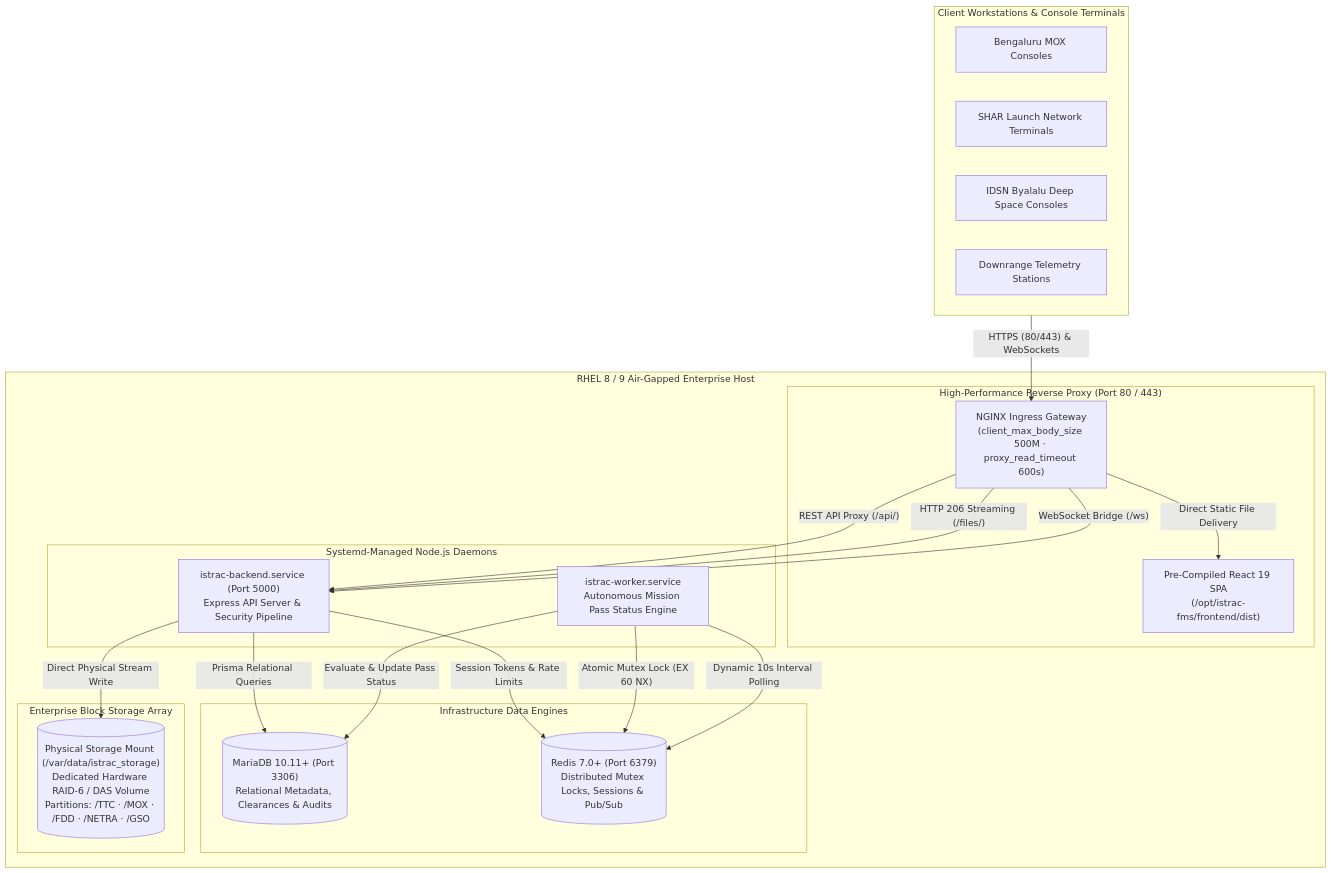
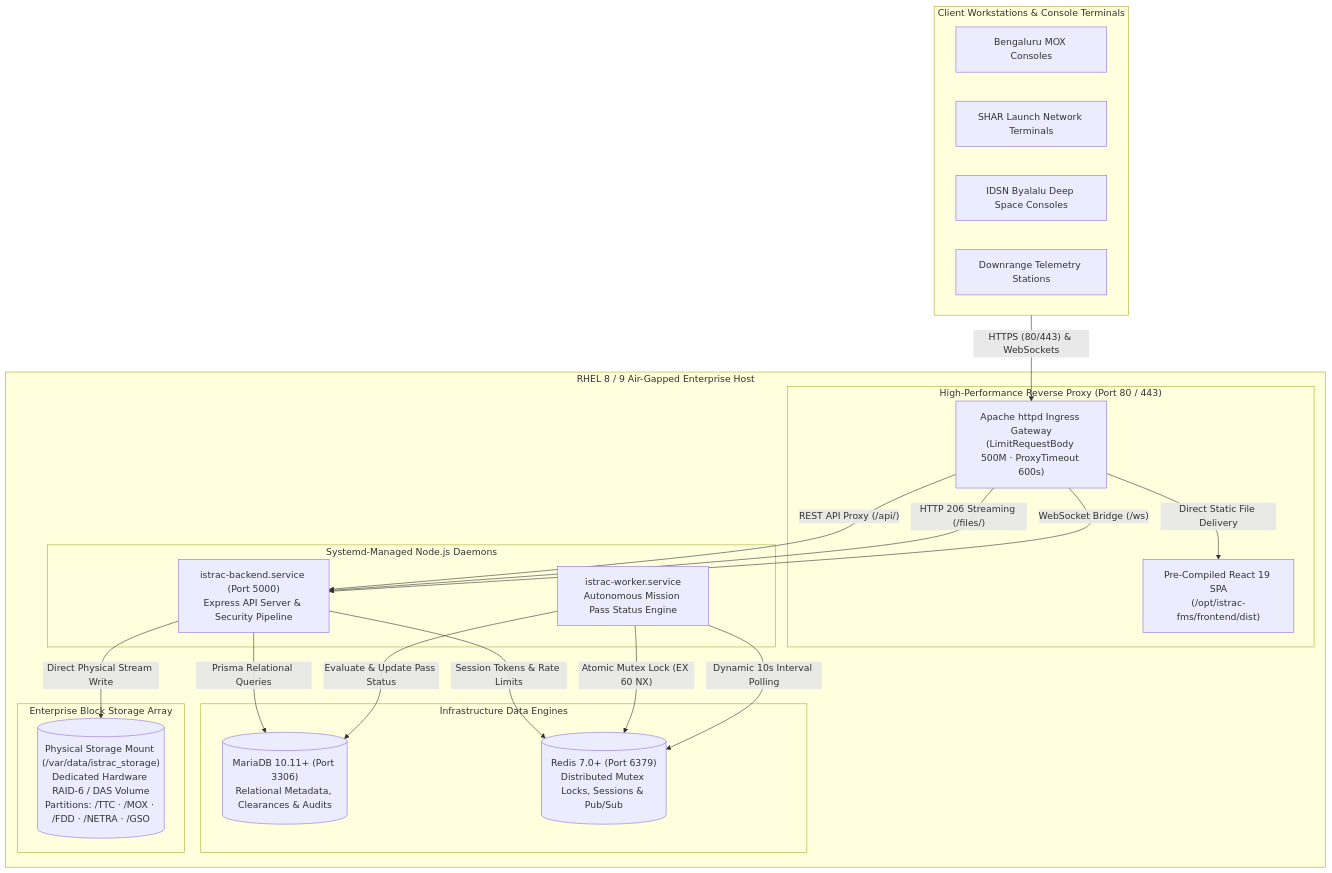
One commit to akash-vishwakarma-akashaveda/istrac-fms changed the seventh of 7 diagrams in documents/CLIENT_SYSTEM_AND_OPERATIONAL_HANDBOOK.md. Above: the diagram before and after it, drawn with Mermaid. The commit also changed other lines of this file and 28 other files, not shown here.

````diff
--- a/documents/CLIENT_SYSTEM_AND_OPERATIONAL_HANDBOOK.md
+++ b/documents/CLIENT_SYSTEM_AND_OPERATIONAL_HANDBOOK.md
@@ -880,44 +880,44 @@
 ```mermaid
 flowchart TD
     subgraph Workstations["Client Workstations & Console Terminals"]
         W1["Bengaluru MOX Consoles"]
         W2["SHAR Launch Network Terminals"]
         W3["IDSN Byalalu Deep Space Consoles"]
         W4["Downrange Telemetry Stations"]
     end
 
     subgraph Host["RHEL 8 / 9 Air-Gapped Enterprise Host"]
         subgraph ReverseProxy["High-Performance Reverse Proxy (Port 80 / 443)"]
-            NGINX["NGINX Ingress Gateway\n(client_max_body_size 500M · proxy_read_timeout 600s)"]
+            APACHE["Apache httpd Ingress Gateway\n(LimitRequestBody 500M · ProxyTimeout 600s)"]
             DIST["Pre-Compiled React 19 SPA\n(/opt/istrac-fms/frontend/dist)"]
         end
 
         subgraph Daemons["Systemd-Managed Node.js Daemons"]
             BACKEND["istrac-backend.service (Port 5000)\nExpress API Server & Security Pipeline"]
             WORKER["istrac-worker.service\nAutonomous Mission Pass Status Engine"]
         end
 
         subgraph Infra["Infrastructure Data Engines"]
             MDB[("MariaDB 10.11+ (Port 3306)\nRelational Metadata, Clearances & Audits")]
             RDS[("Redis 7.0+ (Port 6379)\nDistributed Mutex Locks, Sessions & Pub/Sub")]
         end
 
         subgraph BlockStorage["Enterprise Block Storage Array"]
             HDD[("Physical Storage Mount (/var/data/istrac_storage)\nDedicated Hardware RAID-6 / DAS Volume\nPartitions: /TTC · /MOX · /FDD · /NETRA · /GSO")]
         end
     end
 
-    Workstations -->|"HTTPS (80/443) & WebSockets"| NGINX
-    NGINX -->|"Direct Static File Delivery"| DIST
-    NGINX -->|"REST API Proxy (/api/)"| BACKEND
-    NGINX -->|"HTTP 206 Streaming (/files/)"| BACKEND
-    NGINX -->|"WebSocket Bridge (/ws)"| BACKEND
+    Workstations -->|"HTTPS (80/443) & WebSockets"| APACHE
+    APACHE -->|"Direct Static File Delivery"| DIST
+    APACHE -->|"REST API Proxy (/api/)"| BACKEND
+    APACHE -->|"HTTP 206 Streaming (/files/)"| BACKEND
+    APACHE -->|"WebSocket Bridge (/ws)"| BACKEND
 
     BACKEND -->|"Prisma Relational Queries"| MDB
     BACKEND -->|"Session Tokens & Rate Limits"| RDS
     BACKEND -->|"Direct Physical Stream Write"| HDD
 
     WORKER -->|"Evaluate & Update Pass Status"| MDB
     WORKER -->|"Atomic Mutex Lock (EX 60 NX)"| RDS
     WORKER -->|"Dynamic 10s Interval Polling"| RDS
 ```
````
